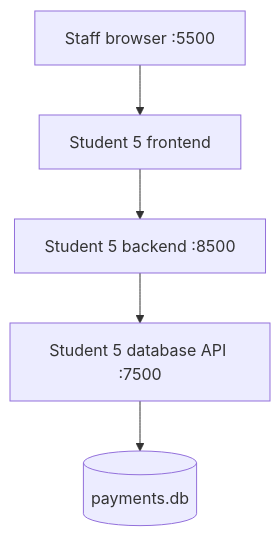
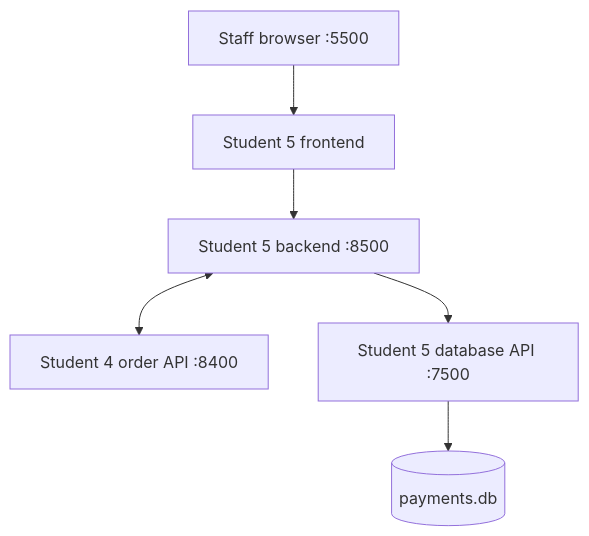
Before and after one commit to InjeongYangUTS/ASD_Cafe_Management_Assistant: the first of 2 diagrams in student-5/README.md, drawn with Mermaid. The commit also changed other lines of this file and 3 other files, not shown here.

````diff
--- a/student-5/README.md
+++ b/student-5/README.md
@@ -39,7 +39,8 @@
 ```mermaid
 flowchart TD
     Browser["Staff browser :5500"] --> Frontend["Student 5 frontend"]
     Frontend --> Backend["Student 5 backend :8500"]
+    Backend <--> OrderAPI["Student 4 order API :8400"]
     Backend --> DatabaseAPI["Student 5 database API :7500"]
     DatabaseAPI --> SQLite[("payments.db")]
 ```
````
